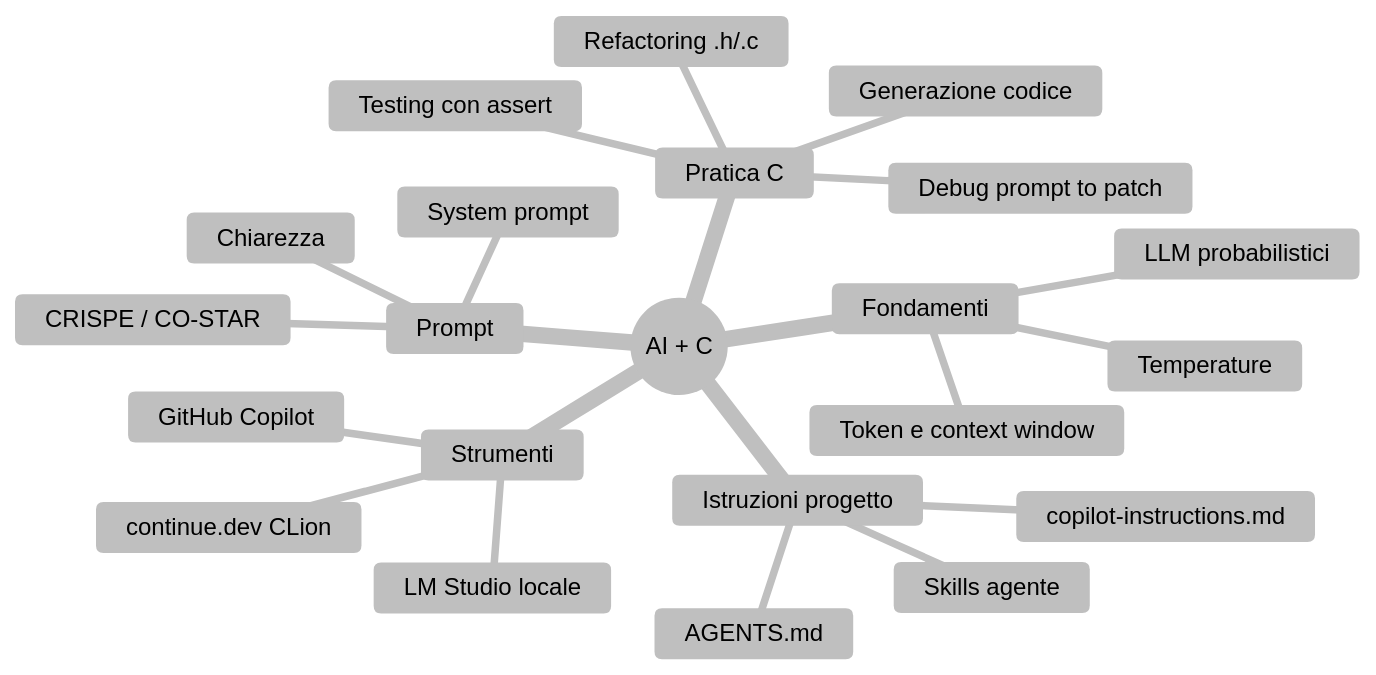
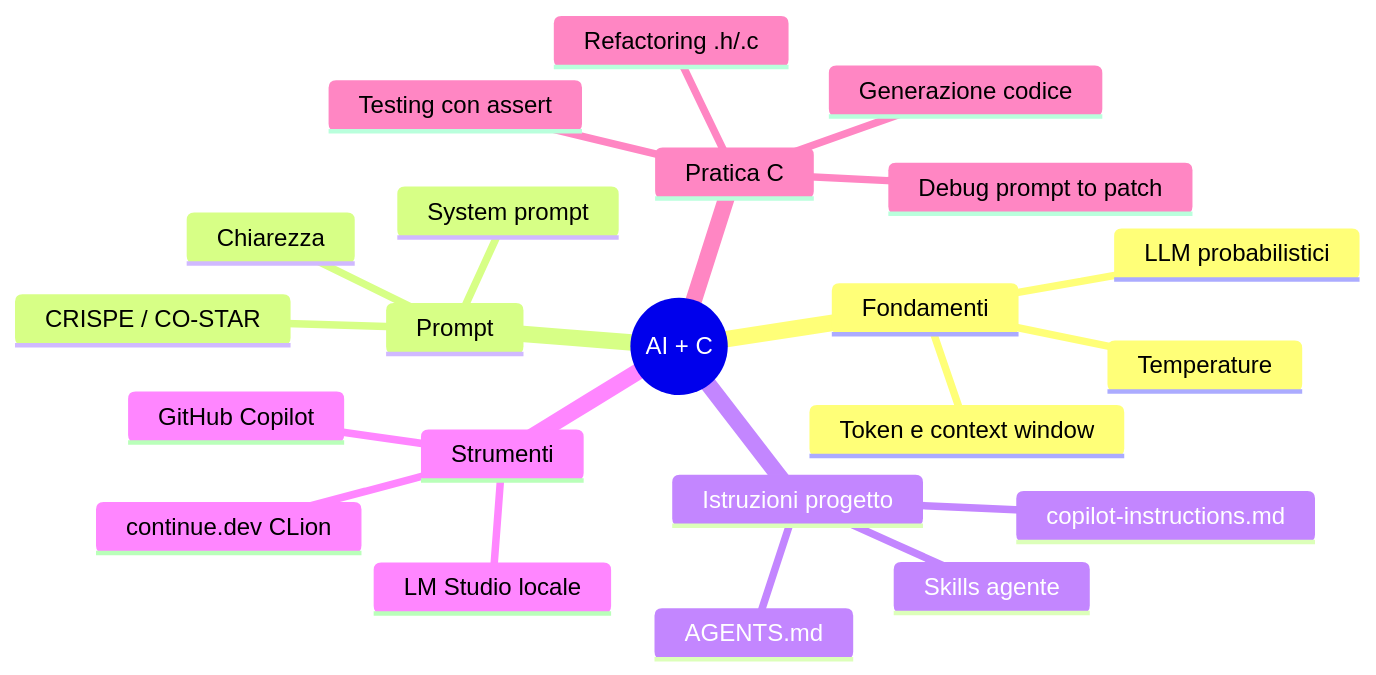
Before and after one commit to gdegani/its_slides_ai: the diagram in pages/slides_lezione3.md, drawn with Mermaid. The commit also changed 2 other files, not shown here.

Commit message:
configurato tema mermaid

````diff
--- a/pages/slides_lezione3.md
+++ b/pages/slides_lezione3.md
@@ -39,26 +39,25 @@
 ```mermaid
-%%{init: {"theme": "base", "themeVariables": {"primaryColor": "#ffffff", "primaryTextColor": "#000000", "primaryBorderColor": "#000000", "lineColor": "#000000", "secondaryColor": "#ffffff", "tertiaryColor": "#ffffff", "background": "#ffffff", "mainBkg": "#ffffff", "nodeBorder": "#000000", "clusterBkg": "#ffffff", "titleColor": "#000000", "edgeLabelBackground": "#ffffff"}}}%%
 mindmap
   root((AI + C))
     Fondamenti
       LLM probabilistici
       Token e context window
       Temperature
     Prompt
       Chiarezza
       CRISPE / CO-STAR
       System prompt
     Istruzioni progetto
-      copilot-instructions.md
+        copilot-instructions.md
       AGENTS.md
       Skills agente
     Strumenti
       LM Studio locale
       GitHub Copilot
       continue.dev CLion
     Pratica C
       Generazione codice
       Debug prompt to patch
       Refactoring .h/.c
       Testing con assert
 ```
````
